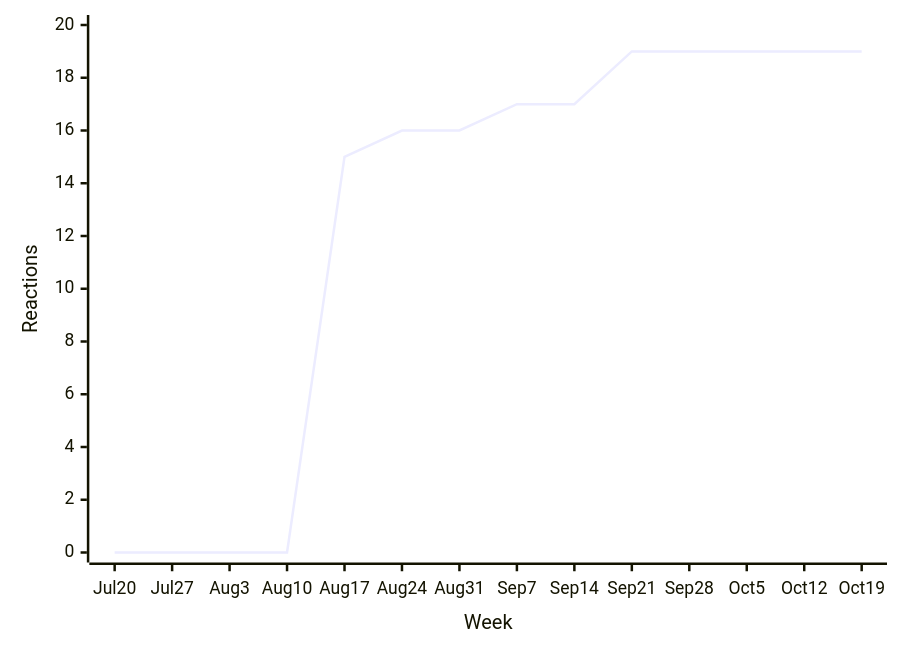
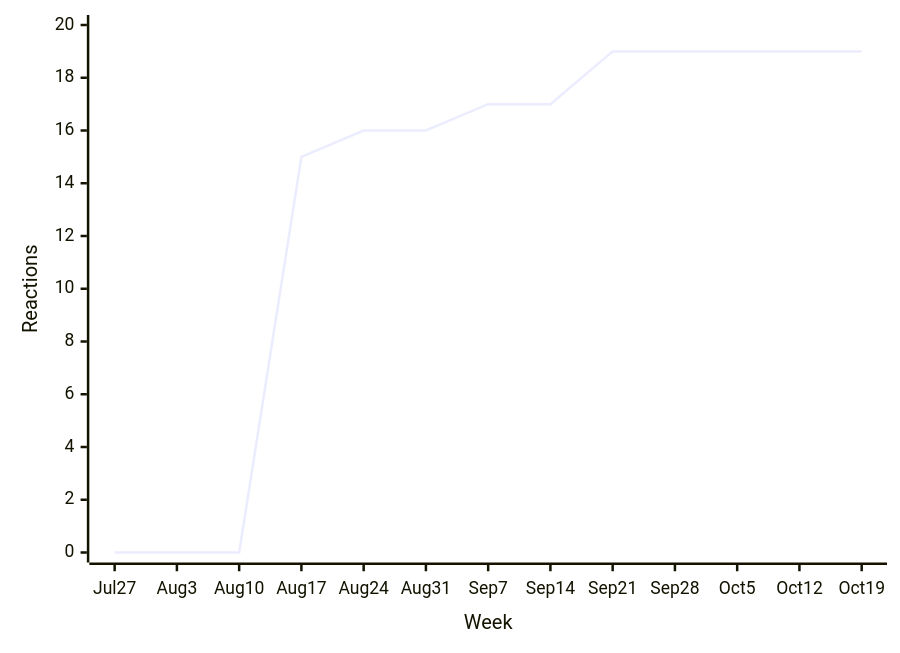
One commit to loic-sharma/github-insights changed the sixth of 39 diagrams in README.md. Above: the diagram before and after it, drawn with Mermaid. The commit also changed other lines of this file and 3 other files, not shown here.

````diff
--- a/README.md
+++ b/README.md
@@ -426,6 +409,6 @@
   ```mermaid
   xychart-beta
-    x-axis "Week" [Jul 20, Jul 27, Aug 3, Aug 10, Aug 17, Aug 24, Aug 31, Sep 7, Sep 14, Sep 21, Sep 28, Oct 5, Oct 12, Oct 19]
+    x-axis "Week" [Jul 27, Aug 3, Aug 10, Aug 17, Aug 24, Aug 31, Sep 7, Sep 14, Sep 21, Sep 28, Oct 5, Oct 12, Oct 19]
     y-axis "Reactions" 0 --> 20
-    line [0, 0, 0, 0, 15, 16, 16, 17, 17, 19, 19, 19, 19, 19]
+    line [0, 0, 0, 15, 16, 16, 17, 17, 19, 19, 19, 19, 19]
   ```
````
